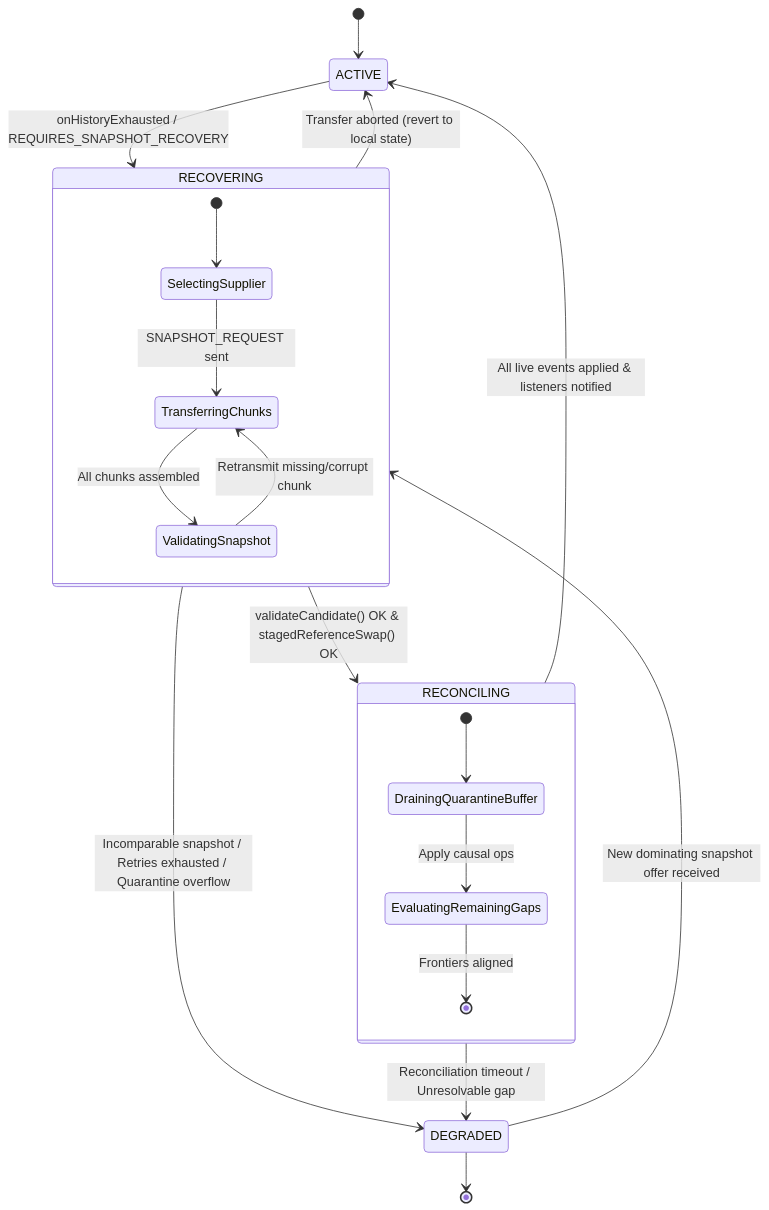
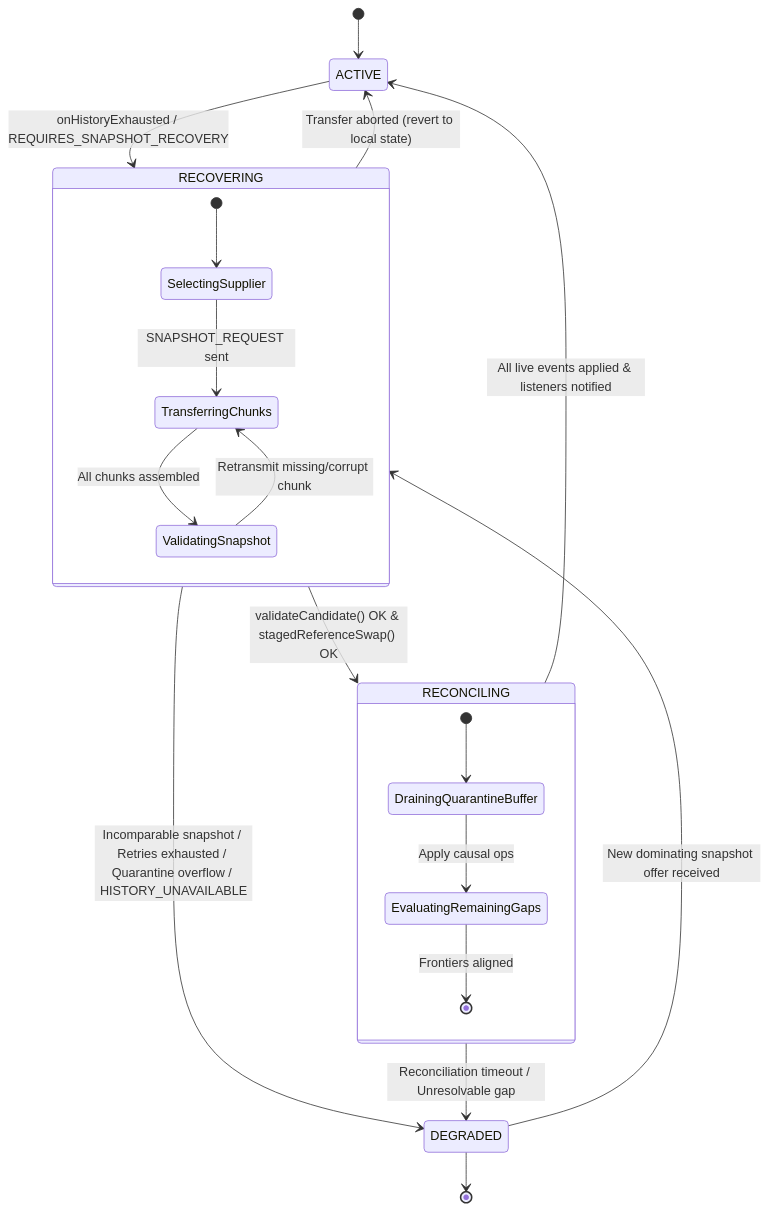
One commit to Tejdeepakchandra/SyncPlay_Protocol changed the diagram in docs/PHASE7_5_ARCHITECTURE.md. Above: the diagram before and after it, drawn with Mermaid. The commit also changed other lines of this file and 5 other files, not shown here.

````diff
--- a/docs/PHASE7_5_ARCHITECTURE.md
+++ b/docs/PHASE7_5_ARCHITECTURE.md
@@ -78,27 +80,27 @@
 ```mermaid
 stateDiagram-v2
     [*] --> ACTIVE
     ACTIVE --> RECOVERING : onHistoryExhausted / REQUIRES_SNAPSHOT_RECOVERY
     
     state RECOVERING {
         [*] --> SelectingSupplier
         SelectingSupplier --> TransferringChunks : SNAPSHOT_REQUEST sent
         TransferringChunks --> ValidatingSnapshot : All chunks assembled
         ValidatingSnapshot --> TransferringChunks : Retransmit missing/corrupt chunk
     }
 
     RECOVERING --> RECONCILING : validateCandidate() OK & stagedReferenceSwap() OK
-    RECOVERING --> DEGRADED : Incomparable snapshot / Retries exhausted / Quarantine overflow
+    RECOVERING --> DEGRADED : Incomparable snapshot / Retries exhausted / Quarantine overflow / HISTORY_UNAVAILABLE
     RECOVERING --> ACTIVE : Transfer aborted (revert to local state)
 
     state RECONCILING {
         [*] --> DrainingQuarantineBuffer
         DrainingQuarantineBuffer --> EvaluatingRemainingGaps : Apply causal ops
         EvaluatingRemainingGaps --> [*] : Frontiers aligned
     }
 
     RECONCILING --> ACTIVE : All live events applied & listeners notified
     RECONCILING --> DEGRADED : Reconciliation timeout / Unresolvable gap
     DEGRADED --> RECOVERING : New dominating snapshot offer received
     DEGRADED --> [*]
 ```
````
